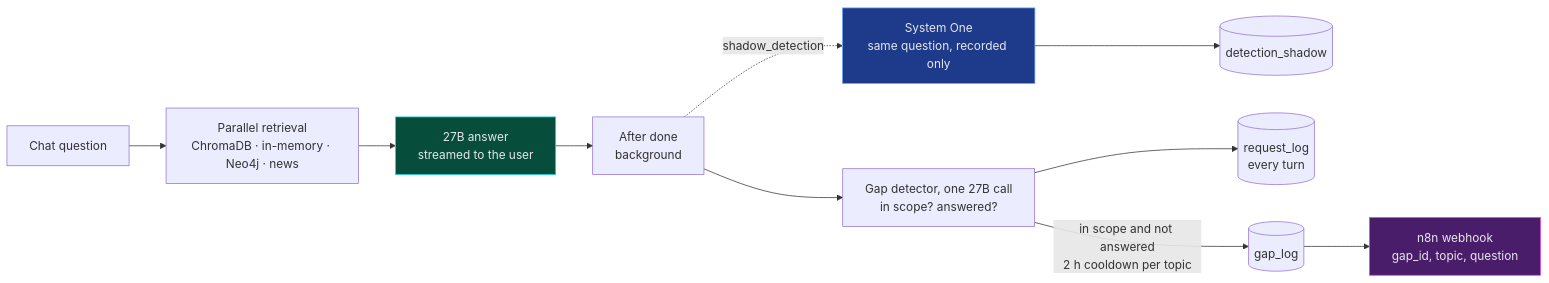
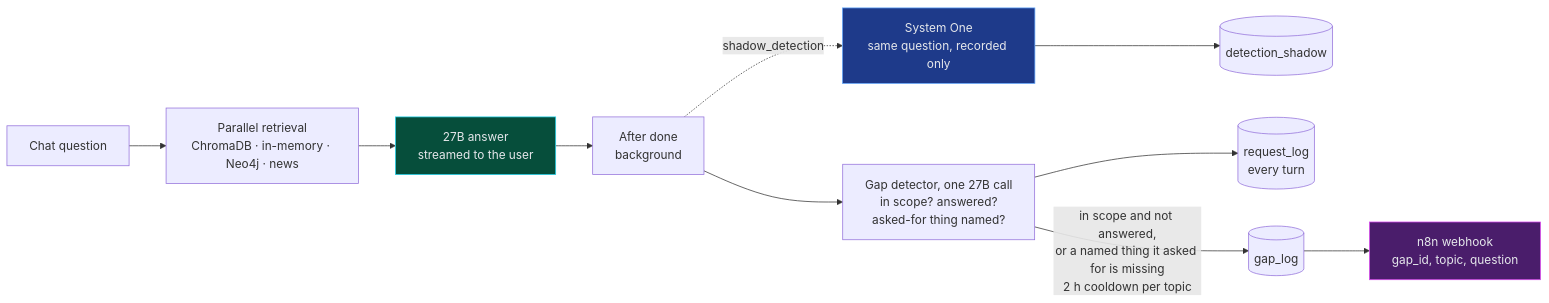
One commit to sebdallais-git/PharmaIT_Chat_and_Digest changed the first of 11 diagrams in README.md. Above: the diagram before and after it, drawn with Mermaid. The commit also changed 4 other files, not shown here.

First line of the commit message:
feat: raise a gap when the answer does not name the specific thing asked for (#52)

````diff
--- a/README.md
+++ b/README.md
@@ -113,16 +113,16 @@
 ```mermaid
 flowchart LR
     Q["Chat question"] --> R["Parallel retrieval<br/>ChromaDB · in-memory · Neo4j · news"]
     R --> A["27B answer<br/>streamed to the user"]
     A --> BG["After done<br/>background"]
-    BG --> D["Gap detector, one 27B call<br/>in scope? answered?"]
+    BG --> D["Gap detector, one 27B call<br/>in scope? answered?<br/>asked-for thing named?"]
     BG -. "shadow_detection" .-> S["System One<br/>same question, recorded only"]
     S --> DS[("detection_shadow")]
     D --> RL[("request_log<br/>every turn")]
-    D -- "in scope and not answered<br/>2 h cooldown per topic" --> GL[("gap_log")]
+    D -- "in scope and not answered,<br/>or a named thing it asked for is missing<br/>2 h cooldown per topic" --> GL[("gap_log")]
     GL --> WH["n8n webhook<br/>gap_id, topic, question"]
 
     style A fill:#064e3b,stroke:#22d3ee,color:#e5e7eb
     style S fill:#1e3a8a,stroke:#60a5fa,color:#e5e7eb
     style WH fill:#4a1d6b,stroke:#d946ef,color:#e5e7eb
 ```
````
